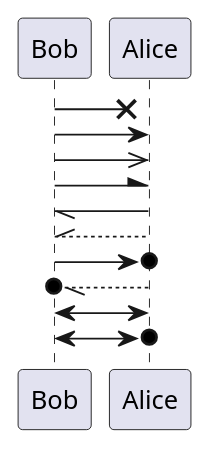
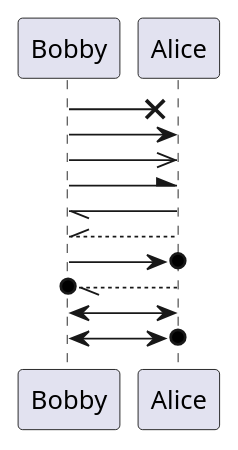
The diagram in test8.plantuml (AndrewLane/plantuml-automation-playground), drawn with PlantUML before and after one commit. The commit also changed 1 other file, not shown here.

Commit message:
Change a diagram (#19)
* Change a diagram

* PlantUML PNG(s) for test9

```diff
--- a/test8.plantuml
+++ b/test8.plantuml
@@ -1,14 +1,14 @@
 @startuml
-Bob ->x Alice
-Bob -> Alice
-Bob ->> Alice
-Bob -\ Alice
-Bob \\- Alice
-Bob //-- Alice
+Bobby ->x Alice
+Bobby -> Alice
+Bobby ->> Alice
+Bobby -\ Alice
+Bobby \\- Alice
+Bobby //-- Alice
 
-Bob ->o Alice
-Bob o\\-- Alice
+Bobby ->o Alice
+Bobby o\\-- Alice
 
-Bob <-> Alice
-Bob <->o Alice
+Bobby <-> Alice
+Bobby <->o Alice
 @enduml
```
